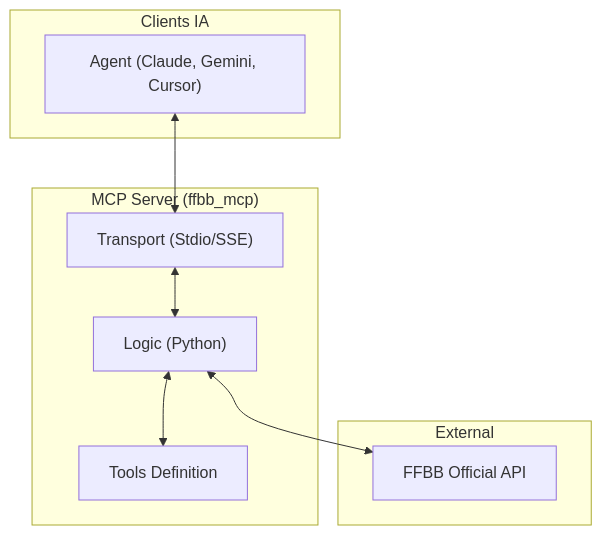
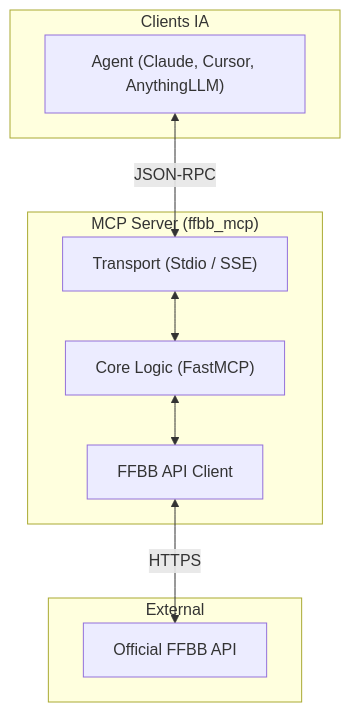
Before and after one commit to nickdesi/FFBB-MCP-Server: the diagram in README.md, drawn with Mermaid. The commit also changed other lines of this file and 3 other files, not shown here.

Commit message:
docs: modernize documentation with architecture diagrams and full reference

````diff
--- a/README.md
+++ b/README.md
@@ -25,21 +25,21 @@
 ```mermaid
 flowchart TD
     subgraph "Clients IA"
-        A["Agent (Claude, Gemini, Cursor)"]
+        A["Agent (Claude, Cursor, AnythingLLM)"]
     end
 
     subgraph "MCP Server (ffbb_mcp)"
-        B["Transport (Stdio/SSE)"]
-        C["Logic (Python)"]
-        D["Tools Definition"]
+        B["Transport (Stdio / SSE)"]
+        C["Core Logic (FastMCP)"]
+        D["FFBB API Client"]
     end
 
     subgraph "External"
-        E["FFBB Official API"]
+        E["Official FFBB API"]
     end
 
-    A <--> B
+    A <-->|JSON-RPC| B
     B <--> C
     C <--> D
-    C <--> E
+    D <-->|HTTPS| E
 ```
````
